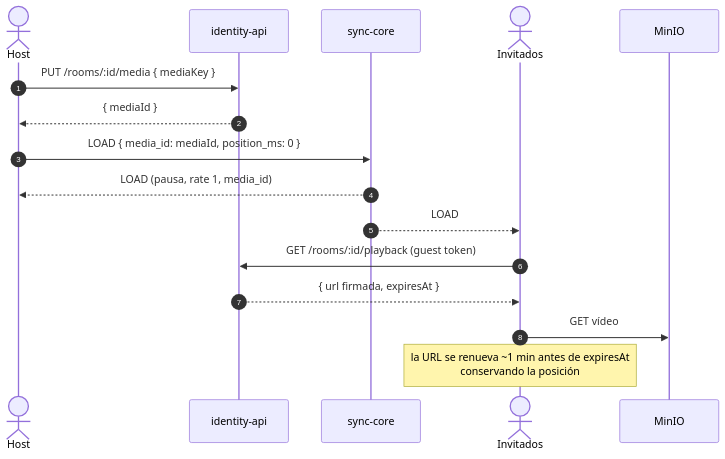
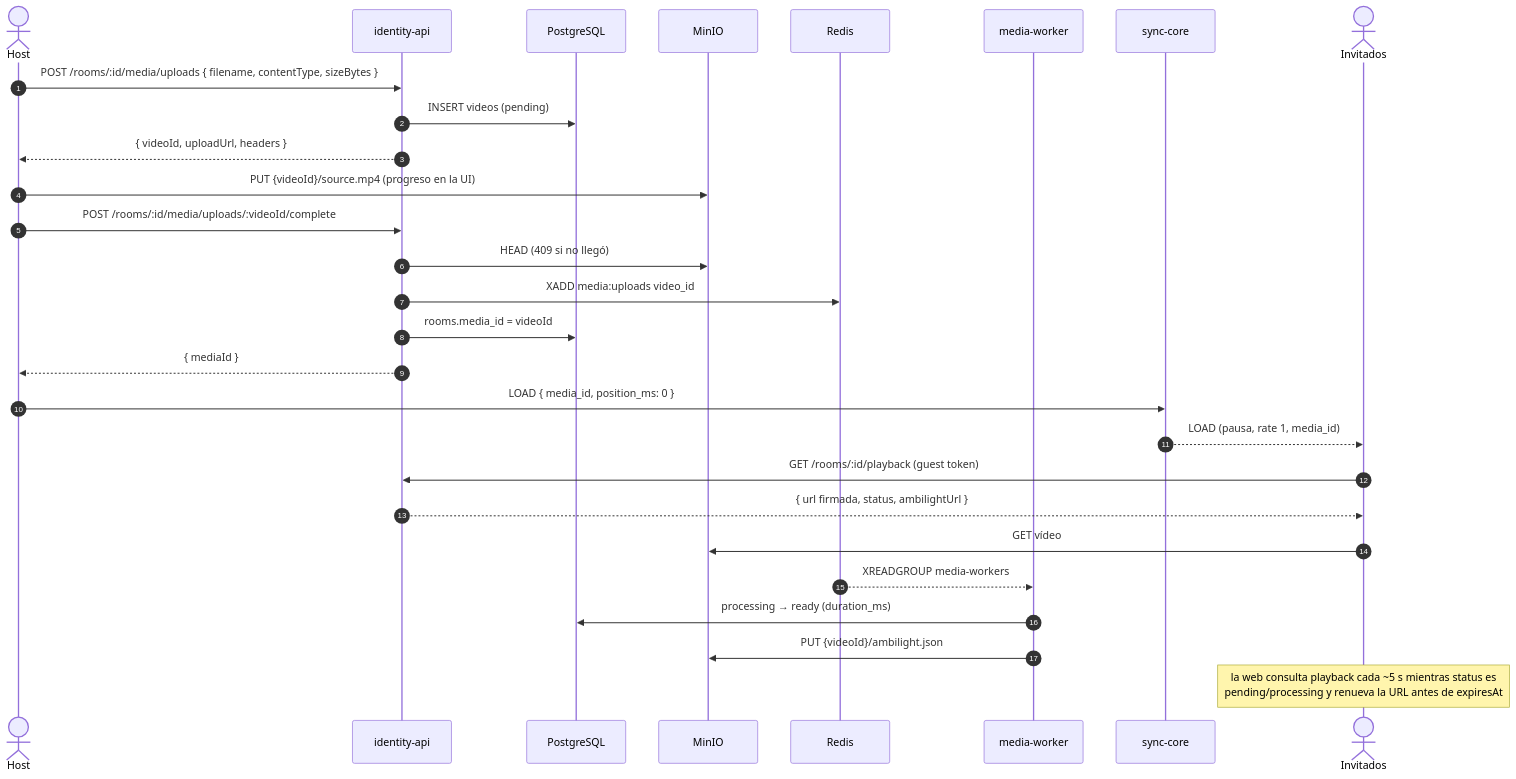
Before and after one commit to N1ghtlyC0de/TINT: diagram 12 of 17 in docs/dominio-reproduccion.md, drawn with Mermaid. The commit also changed other lines of this file and 5 other files, not shown here.

First line of the commit message:
docs: flujo completo de vídeo, C4, Redis y ERD de todas las tablas

````diff
--- a/docs/dominio-reproduccion.md
+++ b/docs/dominio-reproduccion.md
@@ -503,19 +511,31 @@
 ```mermaid
 sequenceDiagram
     autonumber
     actor Host
     participant ID as identity-api
+    participant PG as PostgreSQL
+    participant MI as MinIO
+    participant R as Redis
+    participant MW as media-worker
     participant SC as sync-core
     actor Inv as Invitados
-    participant MI as MinIO
 
-    Host->>ID: PUT /rooms/:id/media { mediaKey }
+    Host->>ID: POST /rooms/:id/media/uploads { filename, contentType, sizeBytes }
+    ID->>PG: INSERT videos (pending)
+    ID-->>Host: { videoId, uploadUrl, headers }
+    Host->>MI: PUT {videoId}/source.mp4 (progreso en la UI)
+    Host->>ID: POST /rooms/:id/media/uploads/:videoId/complete
+    ID->>MI: HEAD (409 si no llegó)
+    ID->>R: XADD media:uploads video_id
+    ID->>PG: rooms.media_id = videoId
     ID-->>Host: { mediaId }
-    Host->>SC: LOAD { media_id: mediaId, position_ms: 0 }
-    SC-->>Host: LOAD (pausa, rate 1, media_id)
-    SC-->>Inv: LOAD
+    Host->>SC: LOAD { media_id, position_ms: 0 }
+    SC-->>Inv: LOAD (pausa, rate 1, media_id)
     Inv->>ID: GET /rooms/:id/playback (guest token)
-    ID-->>Inv: { url firmada, expiresAt }
+    ID-->>Inv: { url firmada, status, ambilightUrl }
     Inv->>MI: GET vídeo
-    Note over Inv: la URL se renueva ~1 min antes de expiresAt<br/>conservando la posición
+    R-->>MW: XREADGROUP media-workers
+    MW->>PG: processing → ready (duration_ms)
+    MW->>MI: PUT {videoId}/ambilight.json
+    Note over Inv: la web consulta playback cada ~5 s mientras status es<br/>pending/processing y renueva la URL antes de expiresAt
 ```
````
